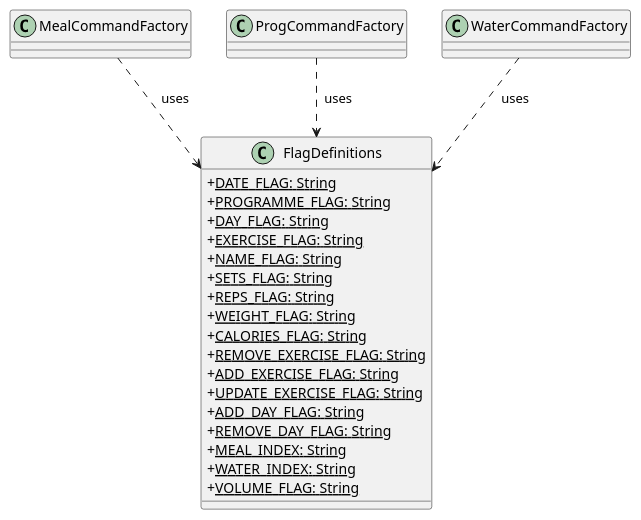
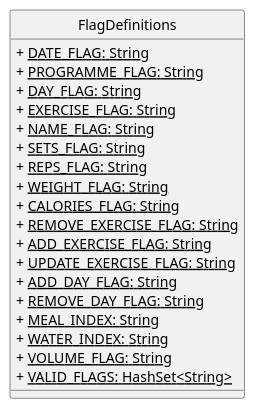
Before and after one commit to nus-cs2113-AY2425S1/tp: the diagram in docs/diagrams/flagDefinitionsComponent.puml, drawn with PlantUML. The commit also changed 30 other files, not shown here.

```diff
--- a/docs/diagrams/flagDefinitionsComponent.puml
+++ b/docs/diagrams/flagDefinitionsComponent.puml
@@ -1,28 +1,26 @@
 @startuml
 skinparam classAttributeIconSize 0
+hide circle
 
 class FlagDefinitions {
-  + <u>DATE_FLAG: String
-  + <u>PROGRAMME_FLAG: String
-  + <u>DAY_FLAG: String
-  + <u>EXERCISE_FLAG: String
-  + <u>NAME_FLAG: String
-  + <u>SETS_FLAG: String
-  + <u>REPS_FLAG: String
-  + <u>WEIGHT_FLAG: String
-  + <u>CALORIES_FLAG: String
-  + <u>REMOVE_EXERCISE_FLAG: String
-  + <u>ADD_EXERCISE_FLAG: String
-  + <u>UPDATE_EXERCISE_FLAG: String
-  + <u>ADD_DAY_FLAG: String
-  + <u>REMOVE_DAY_FLAG: String
-  + <u>MEAL_INDEX: String
-  + <u>WATER_INDEX: String
-  + <u>VOLUME_FLAG: String
+  + <u> DATE_FLAG: String
+  + <u> PROGRAMME_FLAG: String
+  + <u> DAY_FLAG: String
+  + <u> EXERCISE_FLAG: String
+  + <u> NAME_FLAG: String
+  + <u> SETS_FLAG: String
+  + <u> REPS_FLAG: String
+  + <u> WEIGHT_FLAG: String
+  + <u> CALORIES_FLAG: String
+  + <u> REMOVE_EXERCISE_FLAG: String
+  + <u> ADD_EXERCISE_FLAG: String
+  + <u> UPDATE_EXERCISE_FLAG: String
+  + <u> ADD_DAY_FLAG: String
+  + <u> REMOVE_DAY_FLAG: String
+  + <u> MEAL_INDEX: String
+  + <u> WATER_INDEX: String
+  + <u> VOLUME_FLAG: String
+  + <u> VALID_FLAGS: HashSet<String>
 }
 
-MealCommandFactory ..> FlagDefinitions : "  uses"
-ProgCommandFactory ..> FlagDefinitions : "  uses"
-WaterCommandFactory ..> FlagDefinitions : "  uses"
-
 @enduml
```
